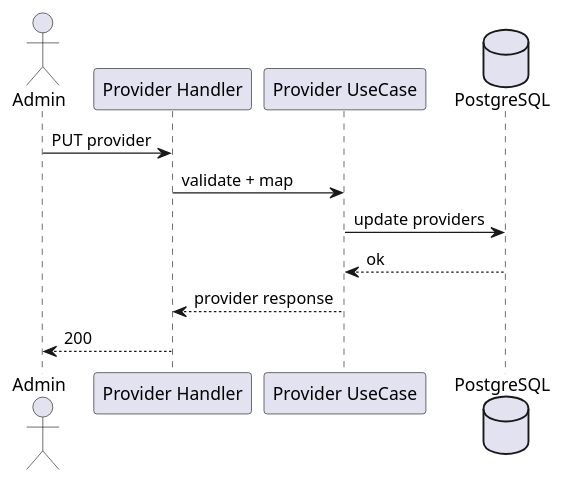
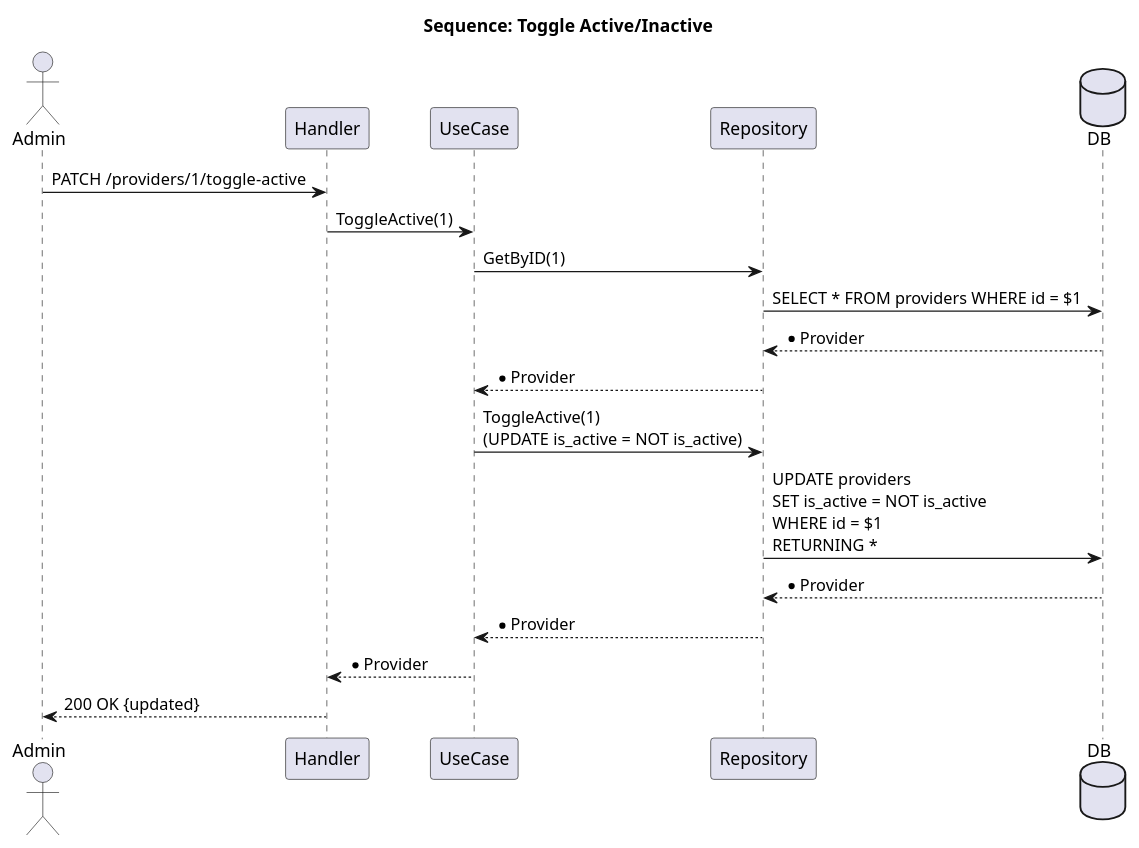
Before and after one commit to dawnmoriaty/dadpt: the sixth of 7 diagrams in obsidian/MODULE_PROVIDER.md, drawn with PlantUML. The commit also changed other lines of this file and 18 other files, not shown here.

````diff
--- a/obsidian/MODULE_PROVIDER.md
+++ b/obsidian/MODULE_PROVIDER.md
@@ -42,15 +280,24 @@
 ```plantuml
 @startuml
+title Sequence: Toggle Active/Inactive
+
 actor Admin
-participant "Provider Handler" as H
-participant "Provider UseCase" as U
-database "PostgreSQL" as DB
+participant Handler
+participant UseCase
+participant Repository
+database DB
 
-Admin -> H : PUT provider
-H -> U : validate + map
-U -> DB : update providers
-DB --> U : ok
-U --> H : provider response
-H --> Admin : 200
+Admin -> Handler: PATCH /providers/1/toggle-active
+Handler -> UseCase: ToggleActive(1)
+UseCase -> Repository: GetByID(1)
+Repository -> DB: SELECT * FROM providers WHERE id = $1
+DB --> Repository: *Provider
+Repository --> UseCase: *Provider
+UseCase -> Repository: ToggleActive(1)\n(UPDATE is_active = NOT is_active)
+Repository -> DB: UPDATE providers\nSET is_active = NOT is_active\nWHERE id = $1\nRETURNING *
+DB --> Repository: *Provider
+Repository --> UseCase: *Provider
+UseCase --> Handler: *Provider
+Handler --> Admin: 200 OK {updated}
 @enduml
 ```
````
